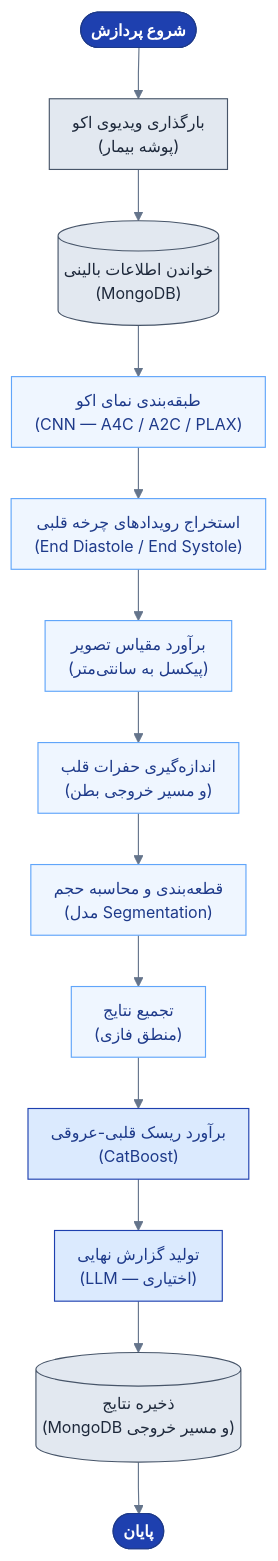
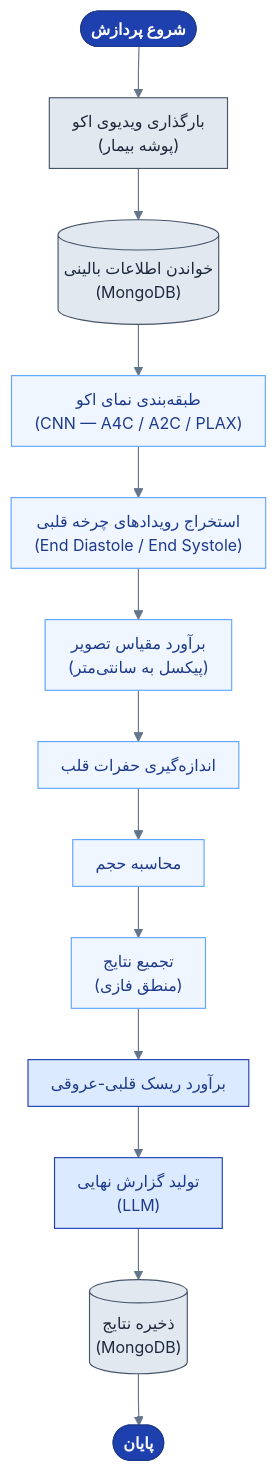
Before and after one commit to Mreza-mh/echo_prj: the diagram in docs/diagrams/v2/03_activity_echo_pipeline.mmd, drawn with Mermaid. The commit also changed 20 other files, not shown here.

Commit message:
update mmd diagrams, echo history service, front/back configs

```diff
--- a/docs/diagrams/v2/03_activity_echo_pipeline.mmd
+++ b/docs/diagrams/v2/03_activity_echo_pipeline.mmd
@@ -1,19 +1,19 @@
 %%{init: {'theme':'base', 'flowchart': {'curve':'linear', 'nodeSpacing':45, 'rankSpacing':45, 'padding':10}, 'themeVariables': {'primaryColor':'#eff6ff','primaryBorderColor':'#1e40af','primaryTextColor':'#1e293b','lineColor':'#64748b','fontSize':'14px'}}}%%
 flowchart TD
     classDef startEnd fill:#1e40af,stroke:#1e3a8a,color:#ffffff,font-weight:bold
     classDef io fill:#e2e8f0,stroke:#475569,color:#1e293b
     classDef cv fill:#eff6ff,stroke:#60a5fa,color:#1e3a8a
     classDef ml fill:#dbeafe,stroke:#1e40af,color:#1e3a8a
 
     Start(["شروع پردازش"]):::startEnd --> A["بارگذاری ویدیوی اکو<br/>(پوشه بیمار)"]:::io
     A --> B[("خواندن اطلاعات بالینی<br/>(MongoDB)")]:::io
     B --> C["طبقه‌بندی نمای اکو<br/>(CNN — A4C / A2C / PLAX)"]:::cv
     C --> D["استخراج رویدادهای چرخه قلبی<br/>(End Diastole / End Systole)"]:::cv
     D --> E["برآورد مقیاس تصویر<br/>(پیکسل به سانتی‌متر)"]:::cv
-    E --> F["اندازه‌گیری حفرات قلب<br/>(و مسیر خروجی بطن)"]:::cv
-    F --> G["قطعه‌بندی و محاسبه حجم<br/>(مدل Segmentation)"]:::cv
+    E --> F["اندازه‌گیری حفرات قلب<br/>"]:::cv
+    F --> G["محاسبه حجم<br/>"]:::cv
     G --> H["تجمیع نتایج<br/>(منطق فازی)"]:::cv
-    H --> I["برآورد ریسک قلبی-عروقی<br/>(CatBoost)"]:::ml
-    I --> J["تولید گزارش نهایی<br/>(LLM — اختیاری)"]:::ml
-    J --> K[("ذخیره نتایج<br/>(MongoDB و مسیر خروجی)")]:::io
+    H --> I["برآورد ریسک قلبی-عروقی<br/>"]:::ml
+    I --> J["تولید گزارش نهایی<br/>(LLM)"]:::ml
+    J --> K[("ذخیره نتایج<br/>(MongoDB)")]:::io
     K --> End(["پایان"]):::startEnd
```
